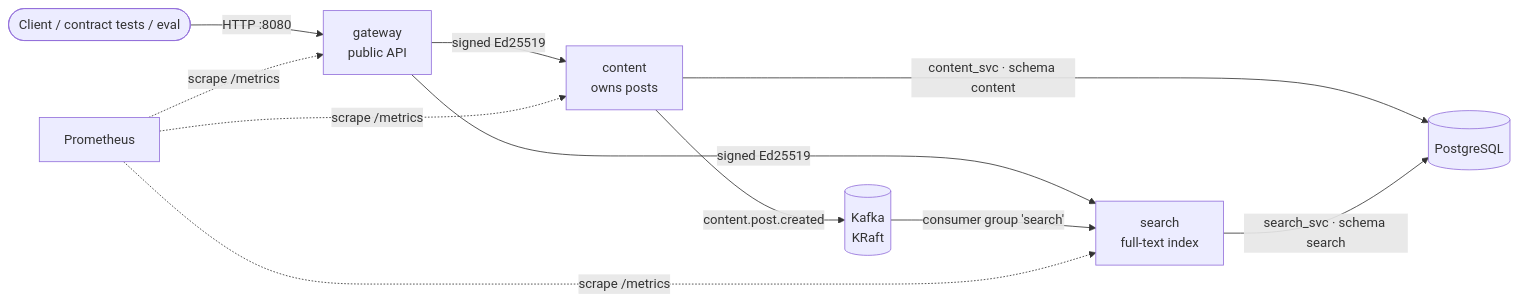
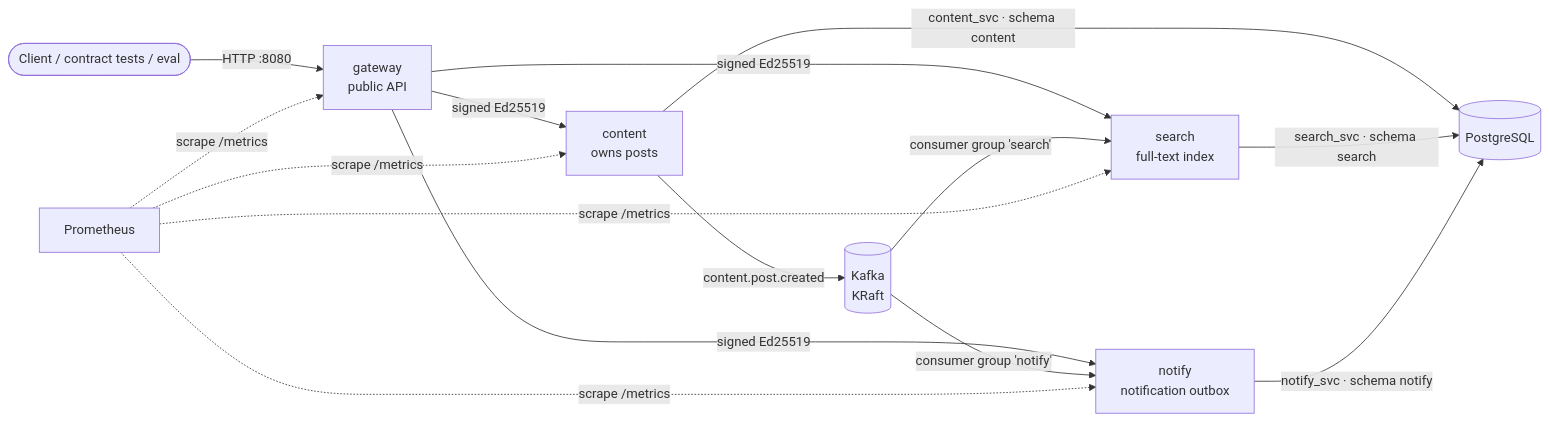
Before and after one commit to armdev/harness-template: the fourth of 5 diagrams in docs/en/04-architecture.md, drawn with Mermaid. The commit also changed other lines of this file and 19 other files, not shown here.

````diff
--- a/docs/en/04-architecture.md
+++ b/docs/en/04-architecture.md
@@ -93,11 +93,14 @@
 ```mermaid
 flowchart LR
     client([Client / contract tests / eval]) -->|HTTP :8080| gw[gateway<br/>public API]
     gw -->|signed Ed25519| content[content<br/>owns posts]
     gw -->|signed Ed25519| search[search<br/>full-text index]
+    gw -->|signed Ed25519| notify[notify<br/>notification outbox]
     content -->|content.post.created| kafka[(Kafka<br/>KRaft)]
     kafka -->|consumer group 'search'| search
+    kafka -->|consumer group 'notify'| notify
     content -->|content_svc · schema content| pg[(PostgreSQL)]
     search -->|search_svc · schema search| pg
-    prom[Prometheus] -.->|scrape /metrics| gw & content & search
+    notify -->|notify_svc · schema notify| pg
+    prom[Prometheus] -.->|scrape /metrics| gw & content & search & notify
 ```
````
